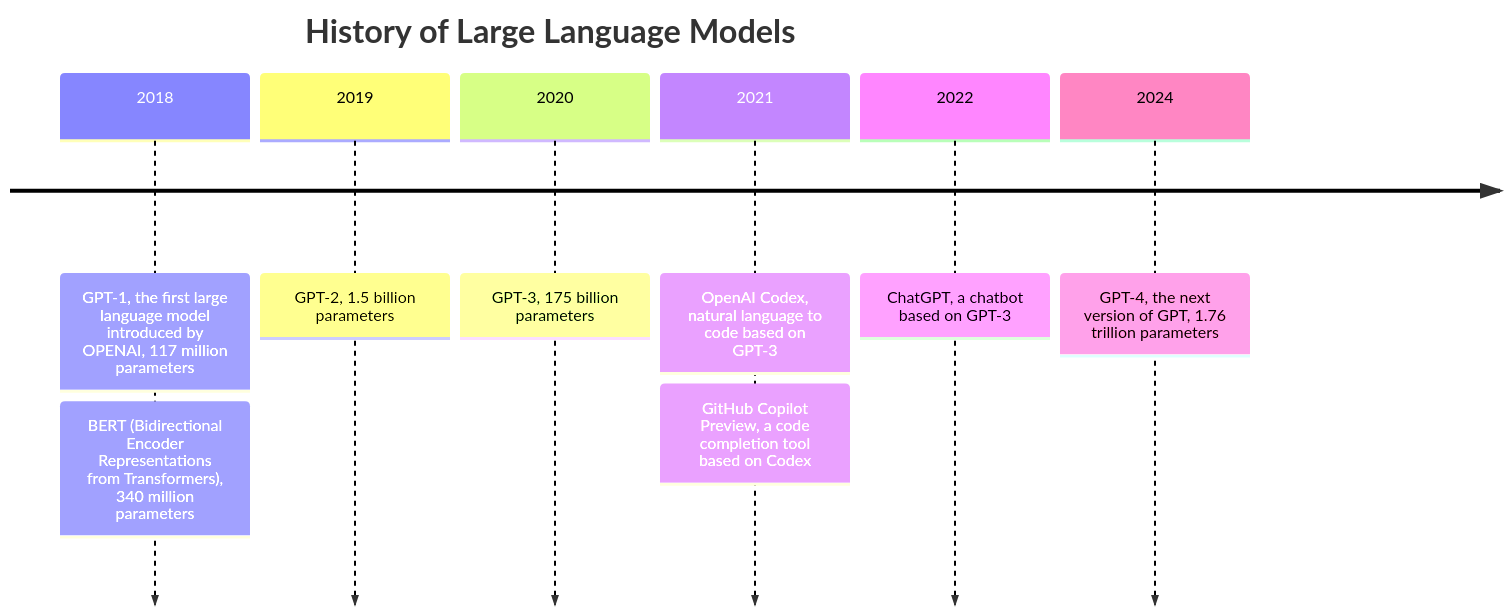
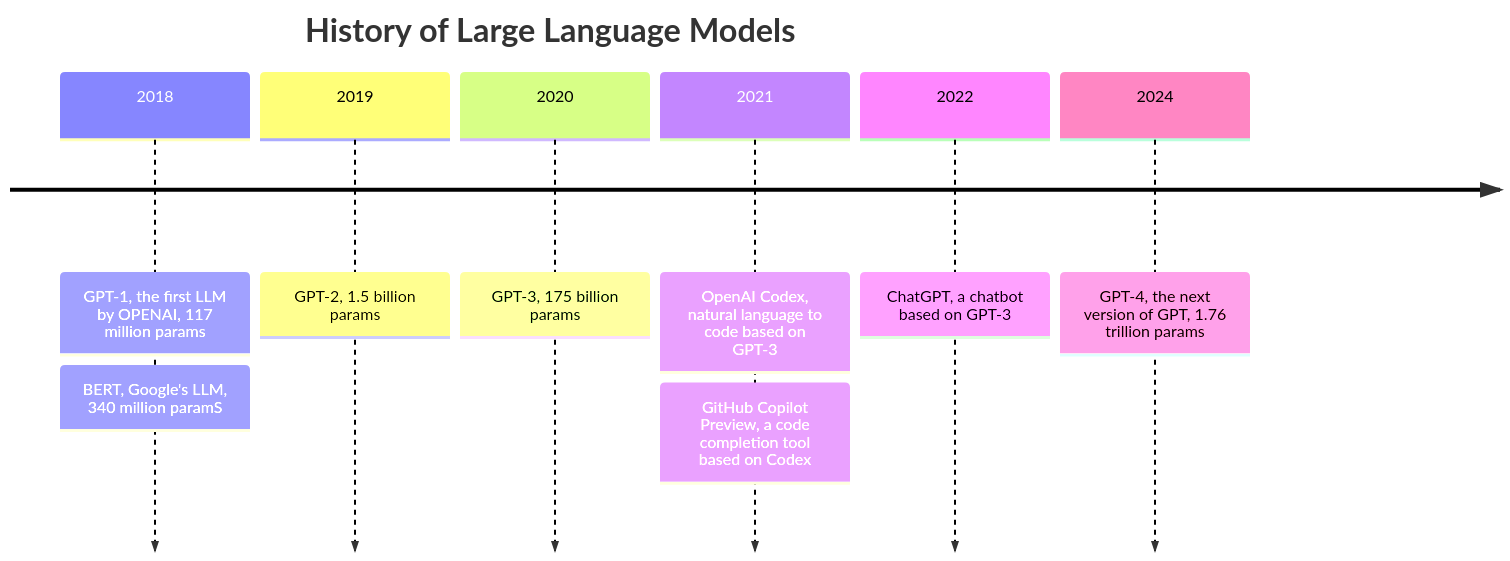
Before and after one commit to LadyKerr/gh-copilot-talk: the second of 2 diagrams in renderatl/slides.md, drawn with Mermaid. The commit also changed other lines of this file, not shown here.

````diff
--- a/renderatl/slides.md
+++ b/renderatl/slides.md
@@ -352,12 +357,12 @@
 ```mermaid
 timeline
   title History of Large Language Models
-    2018 : GPT-1, the first large language model introduced by OPENAI, 117 million parameters
-         : BERT (Bidirectional Encoder Representations from Transformers), 340 million parameters
-    2019 : GPT-2, 1.5 billion parameters
-    2020 : GPT-3, 175 billion parameters
+    2018 : GPT-1, the first LLM by OPENAI, 117 million params
+         : BERT, Google's LLM, 340 million paramS
+    2019 : GPT-2, 1.5 billion params
+    2020 : GPT-3, 175 billion params
     2021 : OpenAI Codex, natural language to code based on GPT-3
          : GitHub Copilot Preview, a code completion tool based on Codex
     2022 : ChatGPT, a chatbot based on GPT-3
-    2024 : GPT-4, the next version of GPT, 1.76 trillion parameters
+    2024 : GPT-4, the next version of GPT, 1.76 trillion params
 ```
````
